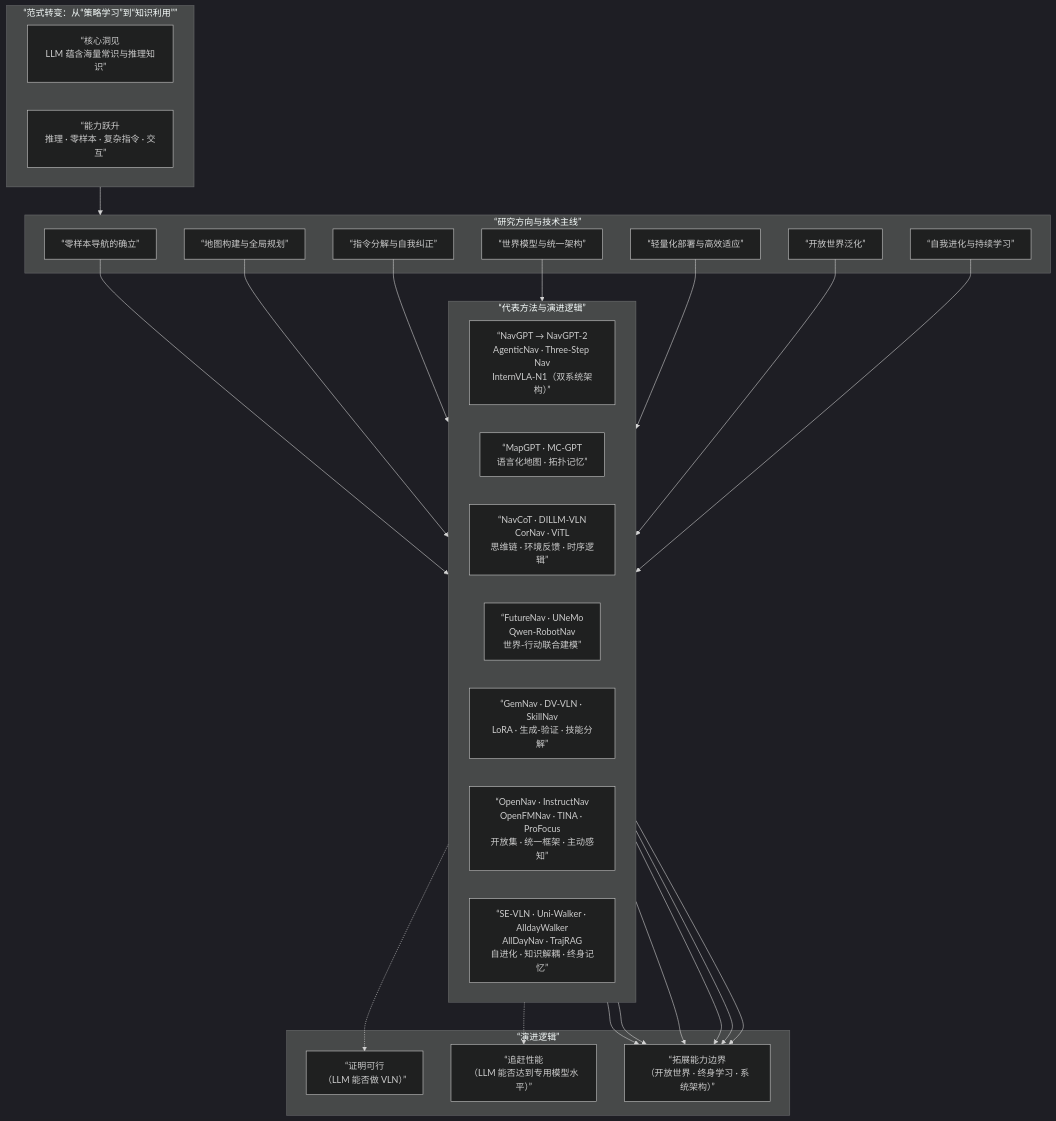
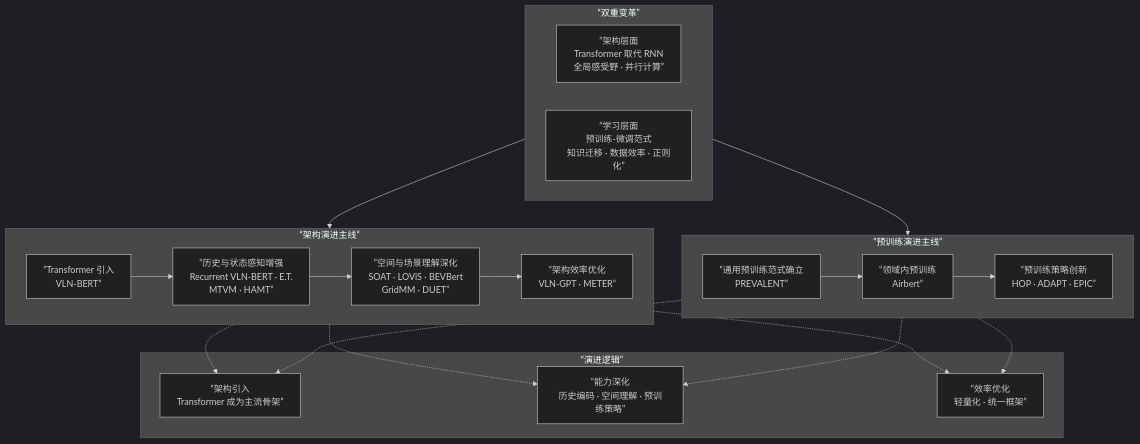
The third of 4 diagrams in docs/part5-vln/19-vln-practice.md (Xbotics-Embodied-AI-club/Xbotics-Embodied-AI-Handbook), drawn with Mermaid (dark theme) before and after one commit. The commit also changed other lines of this file and 9 other files, not shown here.

````diff
--- a/docs/part5-vln/19-vln-practice.md
+++ b/docs/part5-vln/19-vln-practice.md
@@ -537,52 +433,39 @@
 ```mermaid
 flowchart TB
-    subgraph Paradigm[“范式转变：从“策略学习”到“知识利用””]
-        P1[“核心洞见<br>LLM 蕴含海量常识与推理知识”]
-        P2[“能力跃升<br>推理 · 零样本 · 复杂指令 · 交互”]
+    subgraph Double[“双重变革”]
+        D1[“架构层面<br>Transformer 取代 RNN<br>全局感受野 · 并行计算”]
+        D2[“学习层面<br>预训练-微调范式<br>知识迁移 · 数据效率 · 正则化”]
     end
 
-    subgraph Directions[“研究方向与技术主线”]
-        D1[“零样本导航的确立”]
-        D2[“地图构建与全局规划”]
-        D3[“指令分解与自我纠正”]
-        D4[“世界模型与统一架构”]
-        D5[“轻量化部署与高效适应”]
-        D6[“开放世界泛化”]
-        D7[“自我进化与持续学习”]
+    subgraph Strand1[“架构演进主线”]
+        A1[“Transformer 引入<br>VLN-BERT”]
+        A2[“历史与状态感知增强<br>Recurrent VLN-BERT · E.T.<br>MTVM · HAMT”]
+        A3[“空间与场景理解深化<br>SOAT · LOViS · BEVBert<br>GridMM · DUET”]
+        A4[“架构效率优化<br>VLN-GPT · METER”]
     end
 
-    subgraph Models[“代表方法与演进逻辑”]
-        direction LR
-        M1[“NavGPT → NavGPT-2<br>AgenticNav · Three-Step Nav<br>InternVLA-N1（双系统架构）”]
-        M2[“MapGPT · MC-GPT<br>语言化地图 · 拓扑记忆”]
-        M3[“NavCoT · DILLM-VLN<br>CorNav · ViTL<br>思维链 · 环境反馈 · 时序逻辑”]
-        M4[“FutureNav · UNeMo<br>Qwen-RobotNav<br>世界-行动联合建模”]
-        M5[“GemNav · DV-VLN · SkillNav<br>LoRA · 生成-验证 · 技能分解”]
-        M6[“OpenNav · InstructNav<br>OpenFMNav · TINA · ProFocus<br>开放集 · 统一框架 · 主动感知”]
-        M7[“SE-VLN · Uni-Walker · AlldayWalker<br>AllDayNav · TrajRAG<br>自进化 · 知识解耦 · 终身记忆”]
+    subgraph Strand2[“预训练演进主线”]
+        B1[“通用预训练范式确立<br>PREVALENT”]
+        B2[“领域内预训练<br>Airbert”]
+        B3[“预训练策略创新<br>HOP · ADAPT · EPIC”]
     end
 
-    Paradigm --> Directions
-    D1 --> M1
-    D2 --> M2
-    D3 --> M3
-    D4 --> M4
-    D5 --> M5
-    D6 --> M6
-    D7 --> M7
+    Double --> Strand1
+    Double --> Strand2
+
+    A1 --> A2 --> A3 --> A4
+    B1 --> B2 --> B3
 
     subgraph Evolution[“演进逻辑”]
-        E1[“证明可行<br>（LLM 能否做 VLN）”]
-        E2[“追赶性能<br>（LLM 能否达到专用模型水平）”]
-        E3[“拓展能力边界<br>（开放世界 · 终身学习 · 系统架构）”]
+        E1[“架构引入<br>Transformer 成为主流骨架”]
+        E2[“能力深化<br>历史编码 · 空间理解 · 预训练策略”]
+        E3[“效率优化<br>轻量化 · 统一框架”]
     end
 
-    M1 -.-> E1
-    M1 -.-> E2
-    M2 --> E3
-    M3 --> E3
-    M4 --> E3
-    M5 --> E3
-    M6 --> E3
-    M7 --> E3
+    Strand1 -.-> E1
+    Strand1 -.-> E2
+    Strand1 -.-> E3
+    Strand2 -.-> E1
+    Strand2 -.-> E2
+    Strand2 -.-> E3
 ```
````
